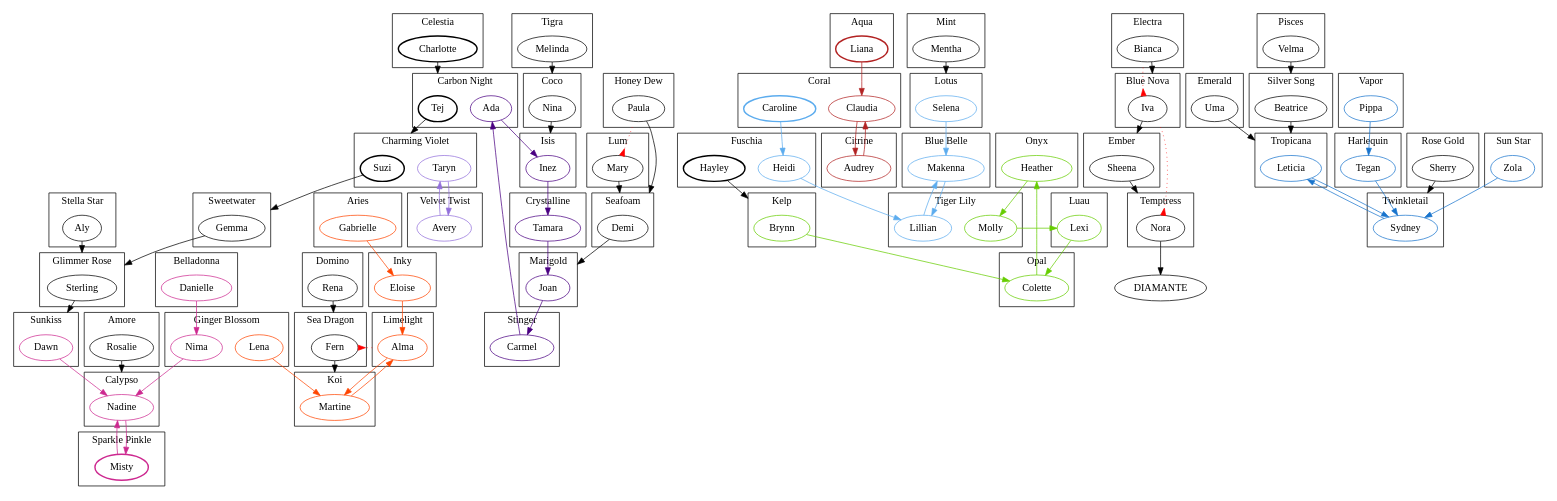
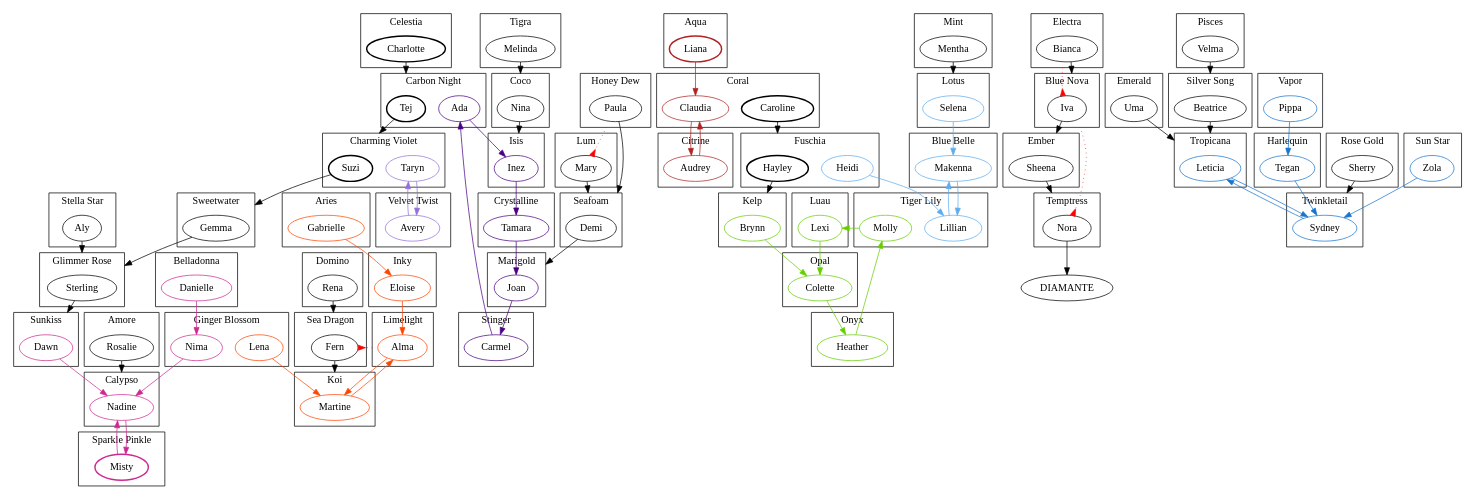
Before and after one commit to besslwalker/crowdstar-graphs: the diagram in Mermaids.dot, drawn with Graphviz.

Commit message:
Removed Caroline from the Blue Belle / Tiger Lily group.

```diff
--- a/Mermaids.dot
+++ b/Mermaids.dot
@@ -81,10 +81,10 @@
     subgraph clusterCoral {
         label = Coral;
         Claudia [color = firebrick];
-        Caroline [style = bold color = steelblue2];
+        Caroline [style = bold];
     }
     Claudia -> Audrey [color = firebrick];
-    Caroline -> Heidi [color = steelblue2];
+    Caroline -> Hayley [lhead = clusterFuschia];
    
     subgraph clusterCrystalline {
         label = Crystalline;
```
